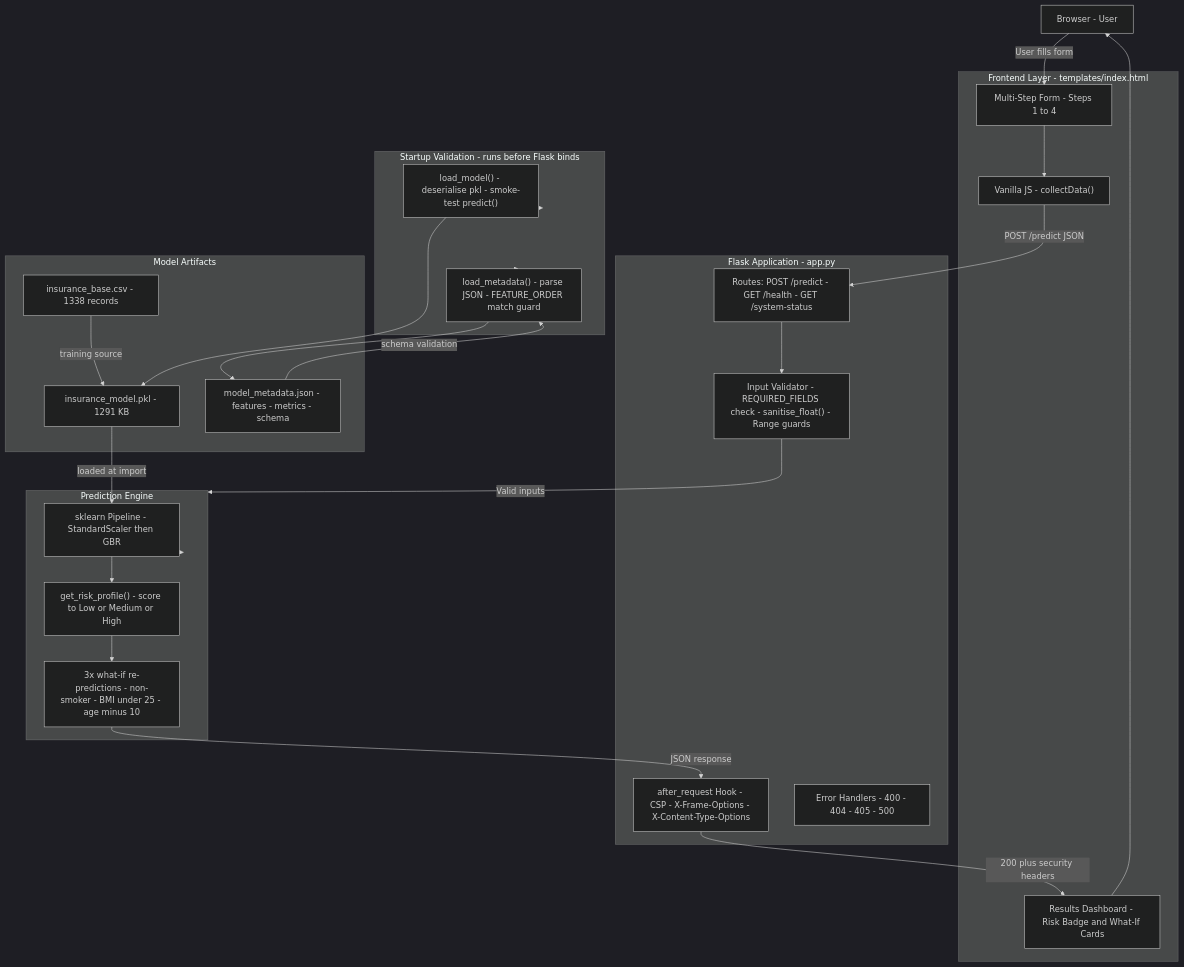
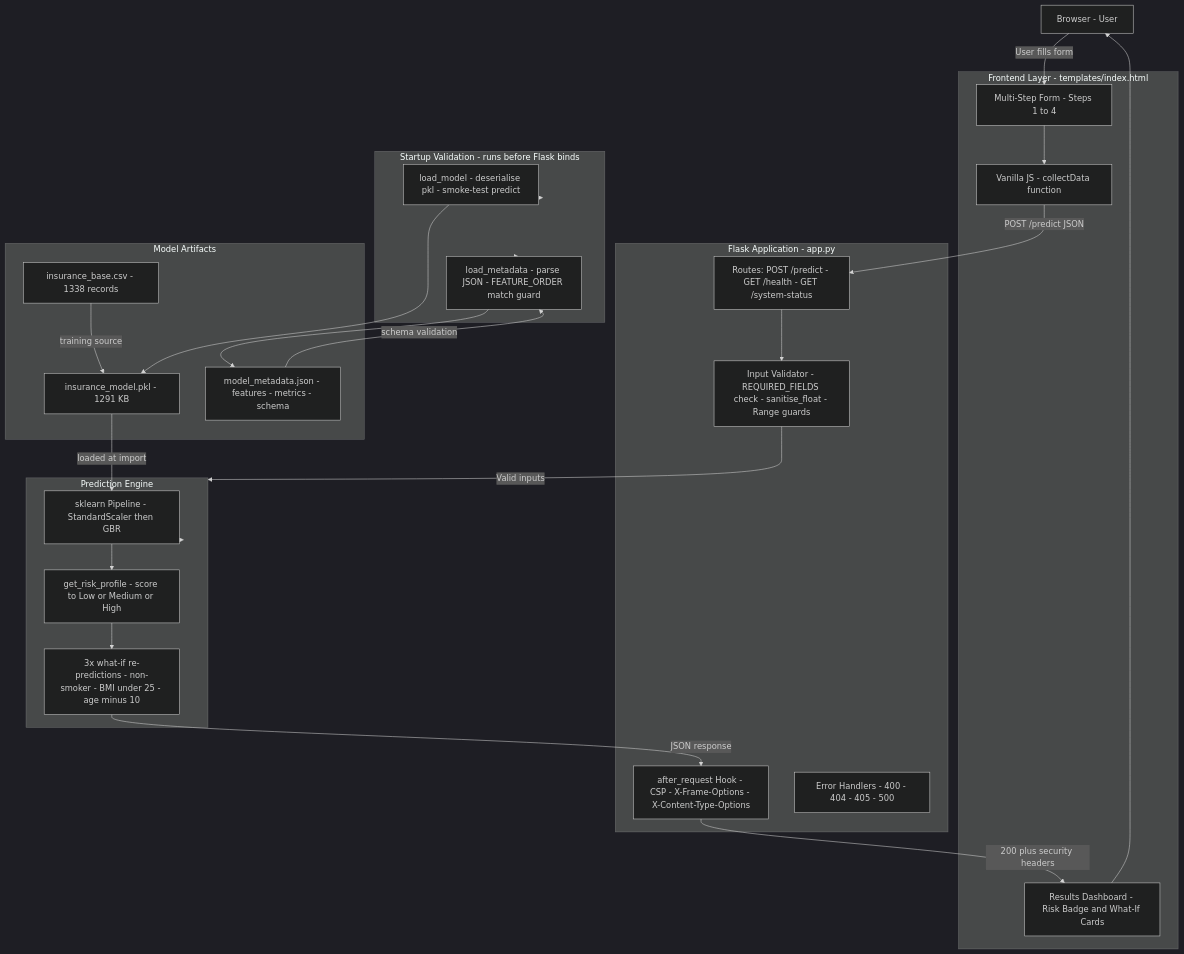
One commit to ArunVijaykumarcsds/InsureIQ changed the first of 4 diagrams in README.md. Above: the diagram before and after it, drawn with Mermaid (dark theme). The commit also changed other lines of this file, not shown here.

````diff
--- a/README.md
+++ b/README.md
@@ -75,54 +75,54 @@
 ```mermaid
 flowchart TD
     Browser["Browser - User"]
 
     subgraph Frontend["Frontend Layer - templates/index.html"]
         Form["Multi-Step Form - Steps 1 to 4"]
-        JS["Vanilla JS - collectData()"]
+        JS["Vanilla JS - collectData function"]
         Results["Results Dashboard - Risk Badge and What-If Cards"]
     end
 
     subgraph FlaskApp["Flask Application - app.py"]
         Router["Routes: POST /predict - GET /health - GET /system-status"]
-        Validator["Input Validator - REQUIRED_FIELDS check - sanitise_float() - Range guards"]
+        Validator["Input Validator - REQUIRED_FIELDS check - sanitise_float - Range guards"]
         SecHdr["after_request Hook - CSP - X-Frame-Options - X-Content-Type-Options"]
         ErrHandlers["Error Handlers - 400 - 404 - 405 - 500"]
     end
 
     subgraph Startup["Startup Validation - runs before Flask binds"]
-        LoadModel["load_model() - deserialise pkl - smoke-test predict()"]
-        LoadMeta["load_metadata() - parse JSON - FEATURE_ORDER match guard"]
+        LoadModel["load_model - deserialise pkl - smoke-test predict"]
+        LoadMeta["load_metadata - parse JSON - FEATURE_ORDER match guard"]
     end
 
     subgraph Engine["Prediction Engine"]
         Pipeline["sklearn Pipeline - StandardScaler then GBR"]
-        RiskFn["get_risk_profile() - score to Low or Medium or High"]
+        RiskFn["get_risk_profile - score to Low or Medium or High"]
         WhatIf["3x what-if re-predictions - non-smoker - BMI under 25 - age minus 10"]
     end
 
     subgraph Artifacts["Model Artifacts"]
         PKL["insurance_model.pkl - 1291 KB"]
         Meta["model_metadata.json - features - metrics - schema"]
         CSV["insurance_base.csv - 1338 records"]
     end
 
     Browser -->|"User fills form"| Form
     Form --> JS
     JS -->|"POST /predict JSON"| Router
     Router --> Validator
     Validator -->|"Valid inputs"| Engine
     Engine --> Pipeline
     Pipeline --> RiskFn
     RiskFn --> WhatIf
     WhatIf -->|"JSON response"| SecHdr
     SecHdr -->|"200 plus security headers"| Results
     Results --> Browser
 
     Startup --> LoadModel
     Startup --> LoadMeta
     LoadModel --> PKL
     LoadMeta --> Meta
     PKL -->|"loaded at import"| Pipeline
     Meta -->|"schema validation"| LoadMeta
     CSV -->|"training source"| PKL
 ```
````
